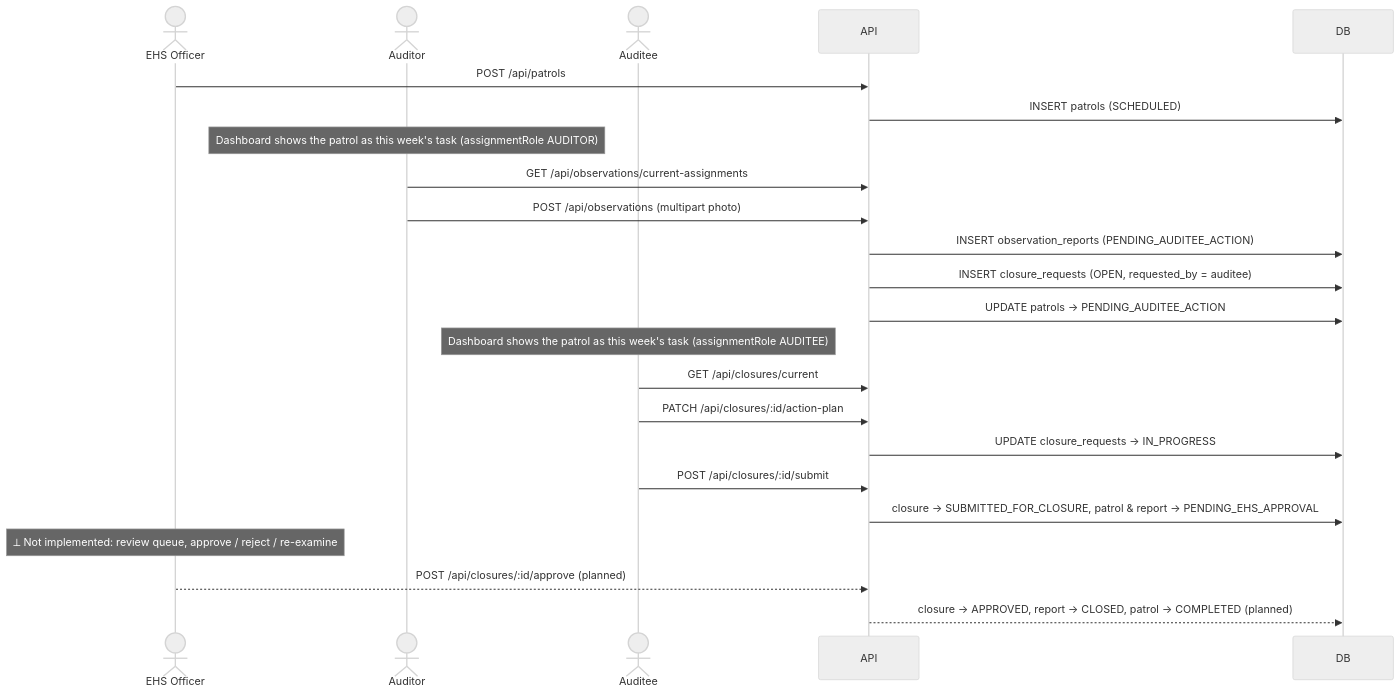
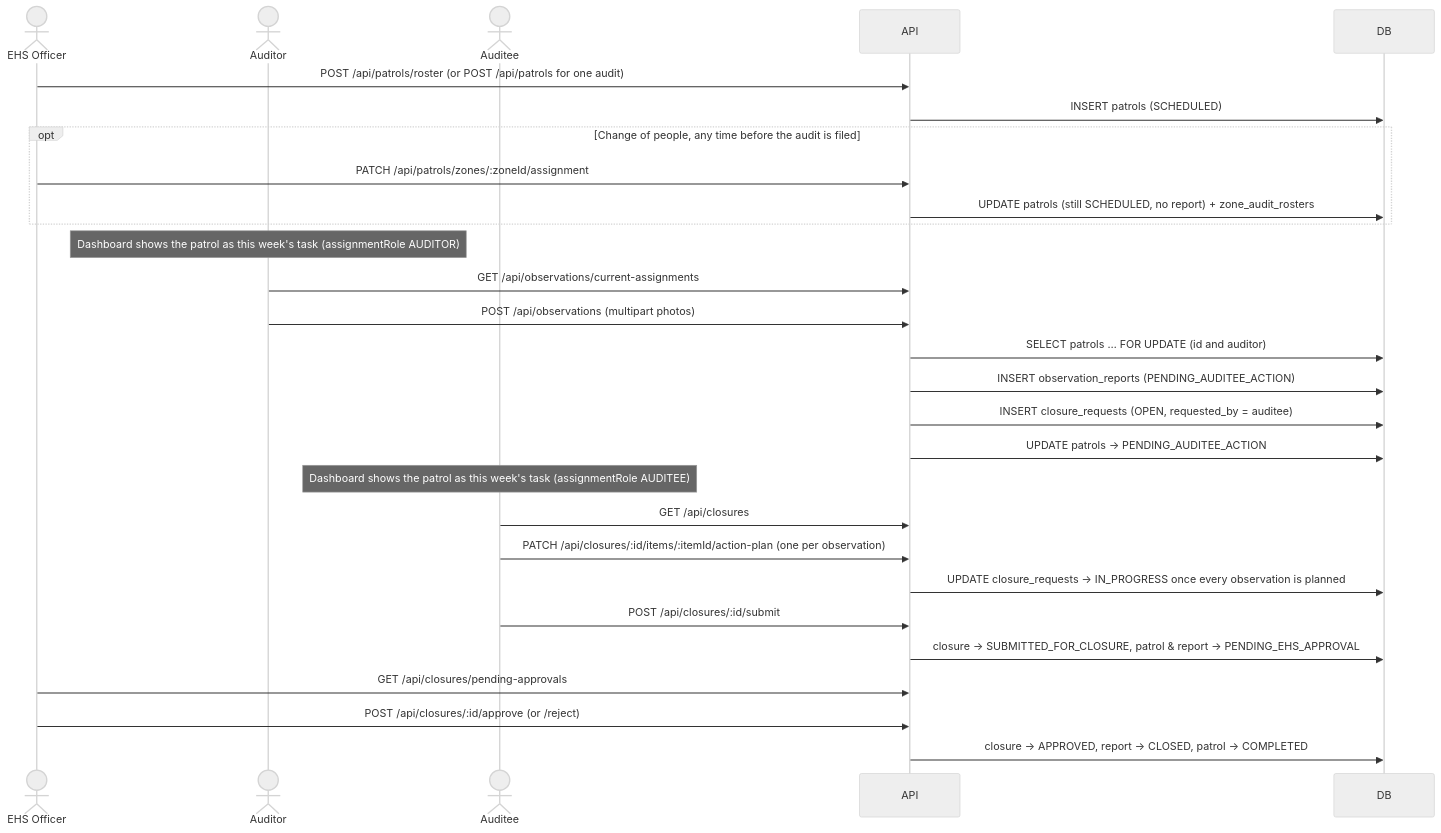
Before and after one commit to sparshkhurana3/EHS-Inspection-Application: the first of 4 diagrams in docs/05-workflows.md, drawn with Mermaid (neutral theme). The commit also changed other lines of this file and 41 other files, not shown here.

````diff
--- a/docs/05-workflows.md
+++ b/docs/05-workflows.md
@@ -5,26 +5,31 @@
 ```mermaid
 sequenceDiagram
     actor EHS as EHS Officer
     actor AUD as Auditor
     actor AEE as Auditee
     participant API
     participant DB
 
-    EHS->>API: POST /api/patrols
+    EHS->>API: POST /api/patrols/roster (or POST /api/patrols for one audit)
     API->>DB: INSERT patrols (SCHEDULED)
+    opt Change of people, any time before the audit is filed
+        EHS->>API: PATCH /api/patrols/zones/:zoneId/assignment
+        API->>DB: UPDATE patrols (still SCHEDULED, no report) + zone_audit_rosters
+    end
     Note over AUD: Dashboard shows the patrol as this week's task (assignmentRole AUDITOR)
     AUD->>API: GET /api/observations/current-assignments
-    AUD->>API: POST /api/observations (multipart photo)
+    AUD->>API: POST /api/observations (multipart photos)
+    API->>DB: SELECT patrols … FOR UPDATE (id and auditor)
     API->>DB: INSERT observation_reports (PENDING_AUDITEE_ACTION)
     API->>DB: INSERT closure_requests (OPEN, requested_by = auditee)
     API->>DB: UPDATE patrols → PENDING_AUDITEE_ACTION
     Note over AEE: Dashboard shows the patrol as this week's task (assignmentRole AUDITEE)
-    AEE->>API: GET /api/closures/current
-    AEE->>API: PATCH /api/closures/:id/action-plan
-    API->>DB: UPDATE closure_requests → IN_PROGRESS
+    AEE->>API: GET /api/closures
+    AEE->>API: PATCH /api/closures/:id/items/:itemId/action-plan (one per observation)
+    API->>DB: UPDATE closure_requests → IN_PROGRESS once every observation is planned
     AEE->>API: POST /api/closures/:id/submit
     API->>DB: closure → SUBMITTED_FOR_CLOSURE, patrol & report → PENDING_EHS_APPROVAL
-    Note over EHS: ⟂ Not implemented: review queue, approve / reject / re-examine
-    EHS-->>API: POST /api/closures/:id/approve (planned)
-    API-->>DB: closure → APPROVED, report → CLOSED, patrol → COMPLETED (planned)
+    EHS->>API: GET /api/closures/pending-approvals
+    EHS->>API: POST /api/closures/:id/approve (or /reject)
+    API->>DB: closure → APPROVED, report → CLOSED, patrol → COMPLETED
 ```
````
